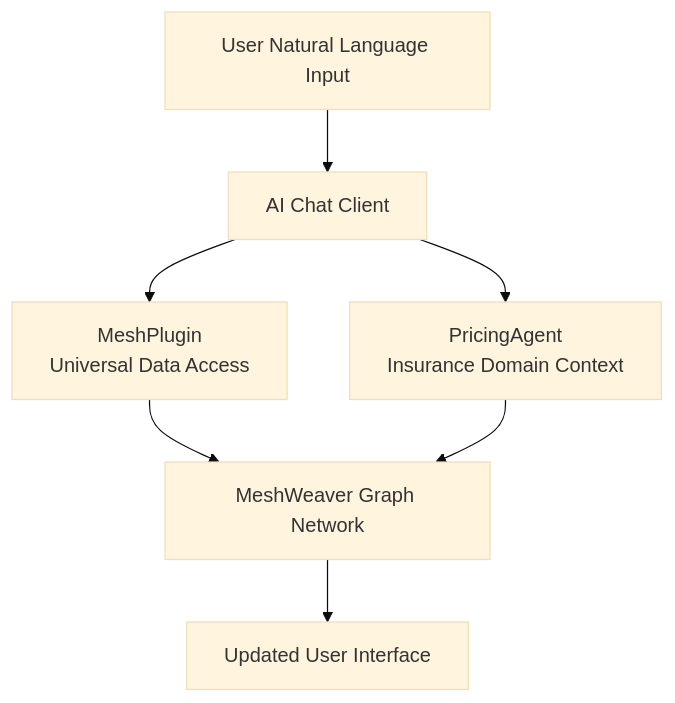
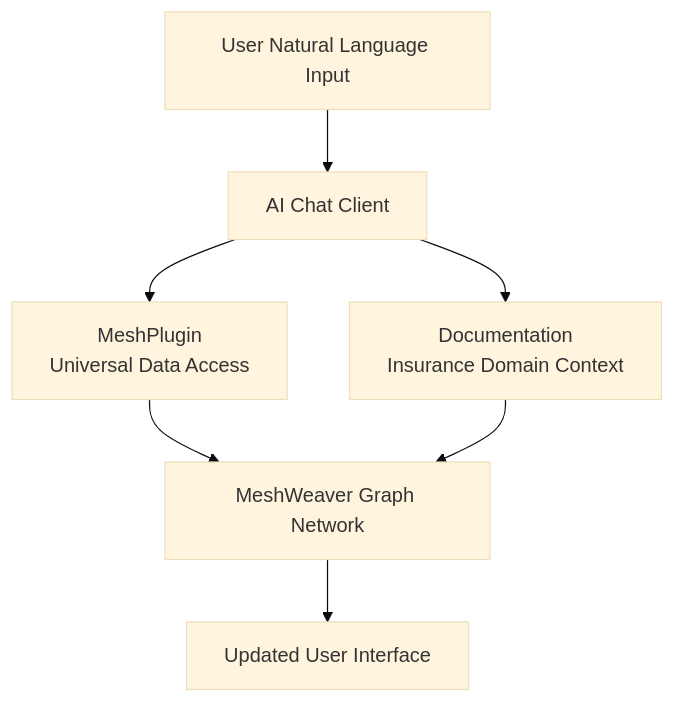
Before and after one commit to Systemorph/MeshWeaver: the diagram in samples/Graph/Data/MeshWeaver/Documentation/Cornerstone/AIAgentIntegration.md, drawn with Mermaid (base theme). The commit also changed other lines of this file and 182 other files, not shown here.

````diff
--- a/samples/Graph/Data/MeshWeaver/Documentation/Cornerstone/AIAgentIntegration.md
+++ b/samples/Graph/Data/MeshWeaver/Documentation/Cornerstone/AIAgentIntegration.md
@@ -22,15 +22,15 @@
 ```mermaid
 graph TD
     UserInput[User Natural Language Input]
     ChatClient[AI Chat Client]
     MeshPlugin[MeshPlugin<br/>Universal Data Access]
-    PricingAgent[PricingAgent<br/>Insurance Domain Context]
+    Documentation[Documentation<br/>Insurance Domain Context]
     MeshGraph[MeshWeaver Graph Network]
 
     UserInput --> ChatClient
     ChatClient --> MeshPlugin
-    ChatClient --> PricingAgent
+    ChatClient --> Documentation
     MeshPlugin --> MeshGraph
-    PricingAgent --> MeshGraph
+    Documentation --> MeshGraph
     MeshGraph --> UserInterface[Updated User Interface]
 ```
````
